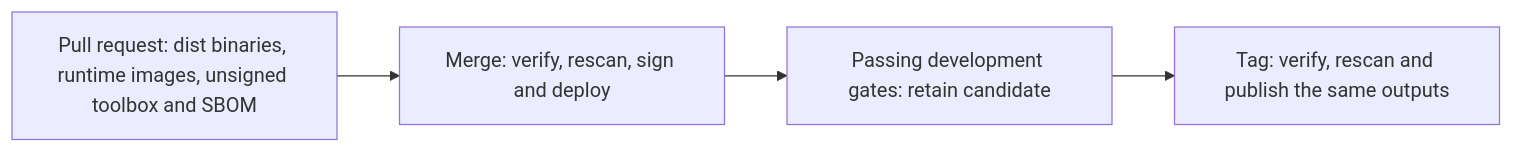
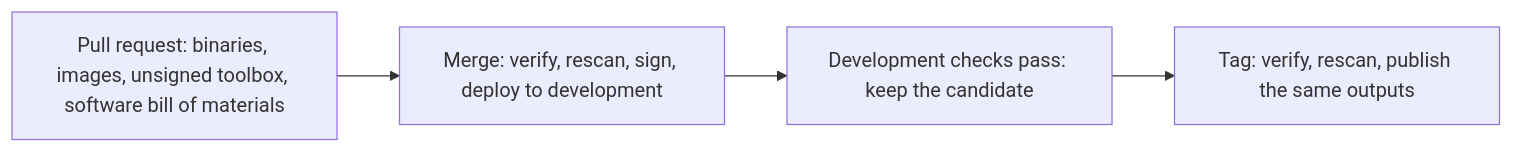
Before and after one commit to agentsfleet/agentsfleet: the diagram in docs/architecture/release_candidates.md, drawn with Mermaid. The commit also changed other lines of this file and 90 other files, not shown here.

````diff
--- a/docs/architecture/release_candidates.md
+++ b/docs/architecture/release_candidates.md
@@ -11,8 +19,8 @@
 ```mermaid
 flowchart LR
-  PR[Pull request: dist binaries, runtime images, unsigned toolbox and SBOM]
-  DEV[Merge: verify, rescan, sign and deploy]
-  PASS[Passing development gates: retain candidate]
-  TAG[Tag: verify, rescan and publish the same outputs]
+  PR[Pull request: binaries, images, unsigned toolbox, software bill of materials]
+  DEV[Merge: verify, rescan, sign, deploy to development]
+  PASS[Development checks pass: keep the candidate]
+  TAG[Tag: verify, rescan, publish the same outputs]
   PR --> DEV --> PASS --> TAG
 ```
````
